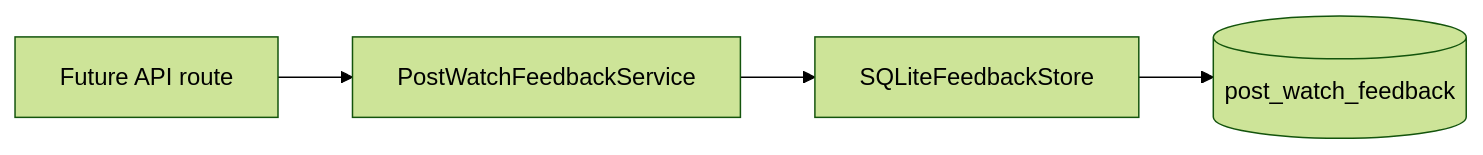
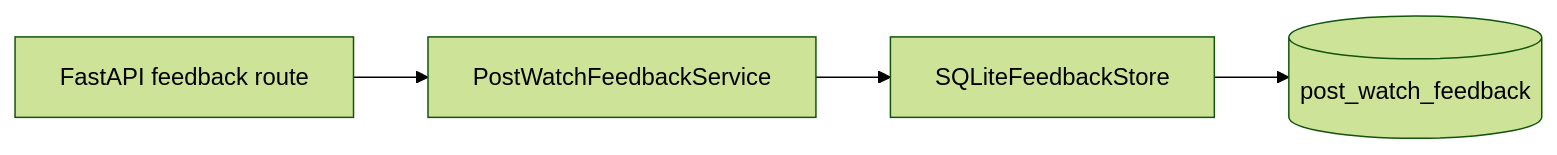
The diagram in docs/architecture/post-watch-feedback-storage.md (czzzry/watchsignal), drawn with Mermaid (forest theme) before and after one commit. The commit also changed other lines of this file and 3 other files, not shown here.

Commit message:
Add post-watch feedback API routes

````diff
--- a/docs/architecture/post-watch-feedback-storage.md
+++ b/docs/architecture/post-watch-feedback-storage.md
@@ -6,6 +6,6 @@
 ```mermaid
 flowchart LR
-    A["Future API route"] --> B["PostWatchFeedbackService"]
+    A["FastAPI feedback route"] --> B["PostWatchFeedbackService"]
     B --> C["SQLiteFeedbackStore"]
     C --> D[("post_watch_feedback")]
 ```
````
